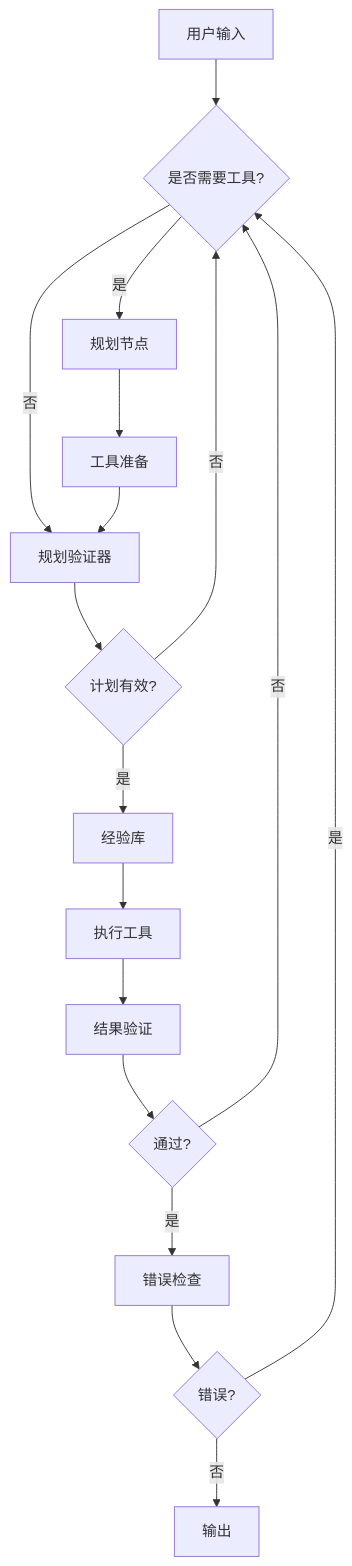
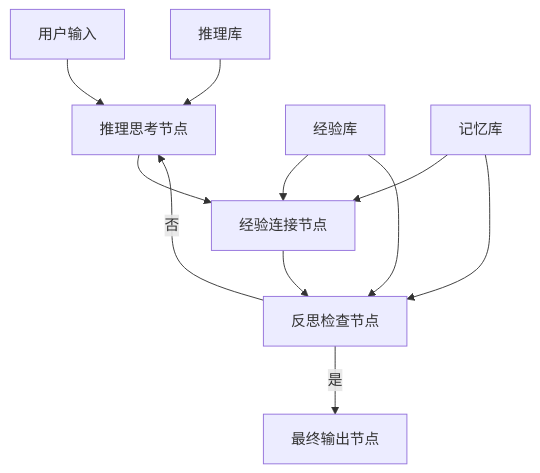
Before and after one commit to xie12321/JUZI-RAGnet: the first of 2 diagrams in README.md, drawn with Mermaid. The commit also changed other lines of this file, not shown here.

````diff
--- a/README.md
+++ b/README.md
@@ -40,19 +40,13 @@
 ```mermaid
 graph TD
-    A[用户输入] --> B{是否需要工具?}
-    B -->|否| C[规划验证器]
-    B -->|是| D[规划节点]
-    D --> E[工具准备]
-    E --> C
-    C --> F{计划有效?}
-    F -->|否| B
-    F -->|是| G[经验库]
-    G --> H[执行工具]
-    H --> I[结果验证]
-    I --> J{通过?}
-    J -->|否| B
-    J -->|是| K[错误检查]
-    K --> L{错误?}
-    L -->|是| B
-    L -->|否| M[输出]
+    A[用户输入] --> B[推理思考节点]
+    B --> C[经验连接节点]
+    C --> D[反思检查节点]
+    D -->|否| B
+    D -->|是| E[最终输出节点]
+    F[推理库] --> B
+    G[经验库] --> C
+    H[记忆库] --> C
+    G --> D
+    H -->D
  ```
````
